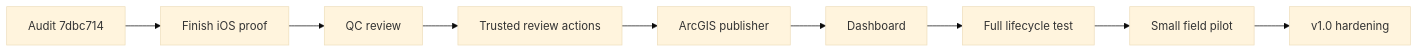
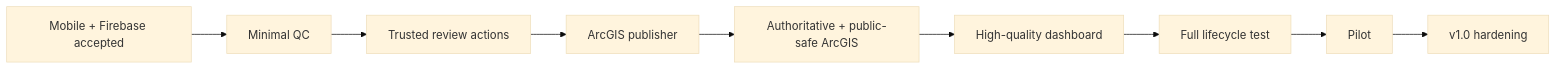
One commit to UnbrokenMango21/watershed-water-quality-dashboard changed the second of 2 diagrams in README.md. Above: the diagram before and after it, drawn with Mermaid (base theme). The commit also changed other lines of this file, not shown here.

Commit message:
docs: mark mobile audit pass and QC as active phase

````diff
--- a/README.md
+++ b/README.md
@@ -67,11 +123,11 @@
 ```mermaid
 flowchart LR
-    A[Audit 7dbc714] --> B[Finish iOS proof]
-    B --> C[QC review]
-    C --> D[Trusted review actions]
-    D --> E[ArcGIS publisher]
-    E --> F[Dashboard]
+    A[Mobile + Firebase accepted] --> B[Minimal QC]
+    B --> C[Trusted review actions]
+    C --> D[ArcGIS publisher]
+    D --> E[Authoritative + public-safe ArcGIS]
+    E --> F[High-quality dashboard]
     F --> G[Full lifecycle test]
-    G --> H[Small field pilot]
+    G --> H[Pilot]
     H --> I[v1.0 hardening]
 ```
````
